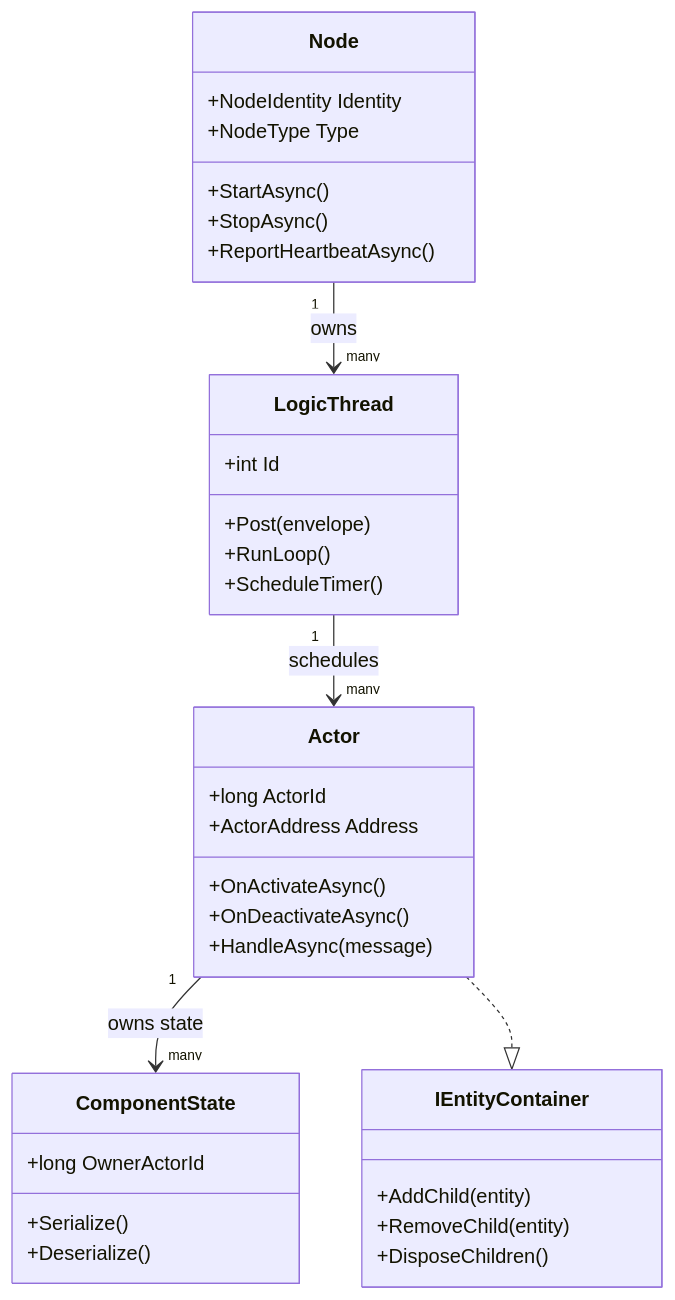
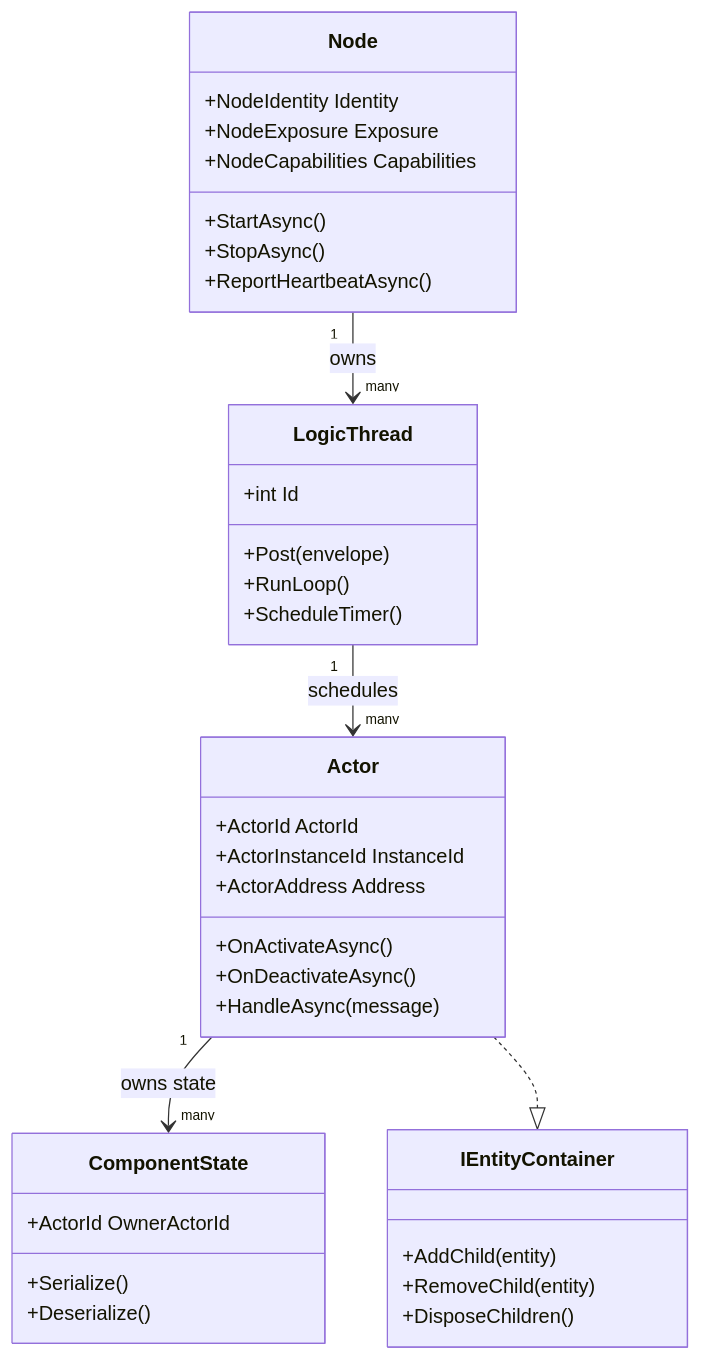
One commit to bruce48x/ULinkGame changed the first of 6 diagrams in architecture-design.md. Above: the diagram before and after it, drawn with Mermaid. The commit also changed other lines of this file, not shown here.

Commit message:
Refine actor runtime architecture design

````diff
--- a/architecture-design.md
+++ b/architecture-design.md
@@ -851,42 +963,44 @@
 ```mermaid
 classDiagram
     class Node {
         +NodeIdentity Identity
-        +NodeType Type
+        +NodeExposure Exposure
+        +NodeCapabilities Capabilities
         +StartAsync()
         +StopAsync()
         +ReportHeartbeatAsync()
     }
 
     class LogicThread {
         +int Id
         +Post(envelope)
         +RunLoop()
         +ScheduleTimer()
     }
 
     class Actor {
-        +long ActorId
+        +ActorId ActorId
+        +ActorInstanceId InstanceId
         +ActorAddress Address
         +OnActivateAsync()
         +OnDeactivateAsync()
         +HandleAsync(message)
     }
 
     class ComponentState {
-        +long OwnerActorId
+        +ActorId OwnerActorId
         +Serialize()
         +Deserialize()
     }
 
     class IEntityContainer {
         +AddChild(entity)
         +RemoveChild(entity)
         +DisposeChildren()
     }
 
     Node "1" --> "many" LogicThread : owns
     LogicThread "1" --> "many" Actor : schedules
     Actor "1" --> "many" ComponentState : owns state
     Actor ..|> IEntityContainer
 ```
````
